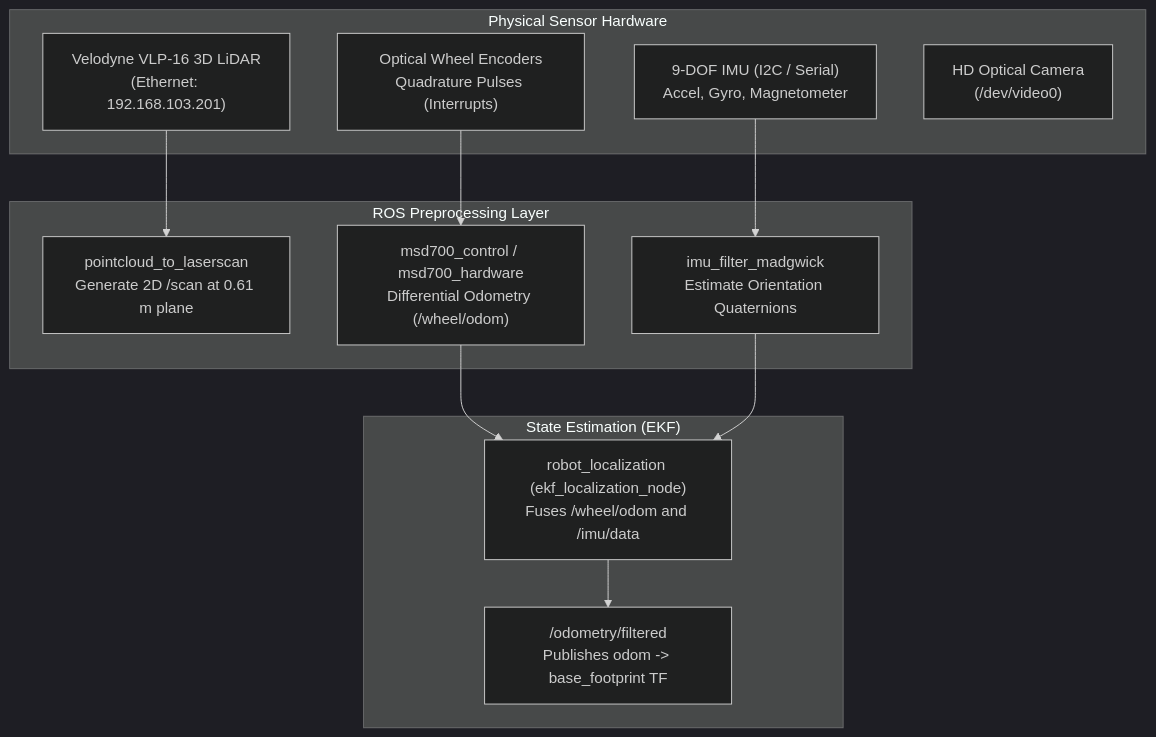
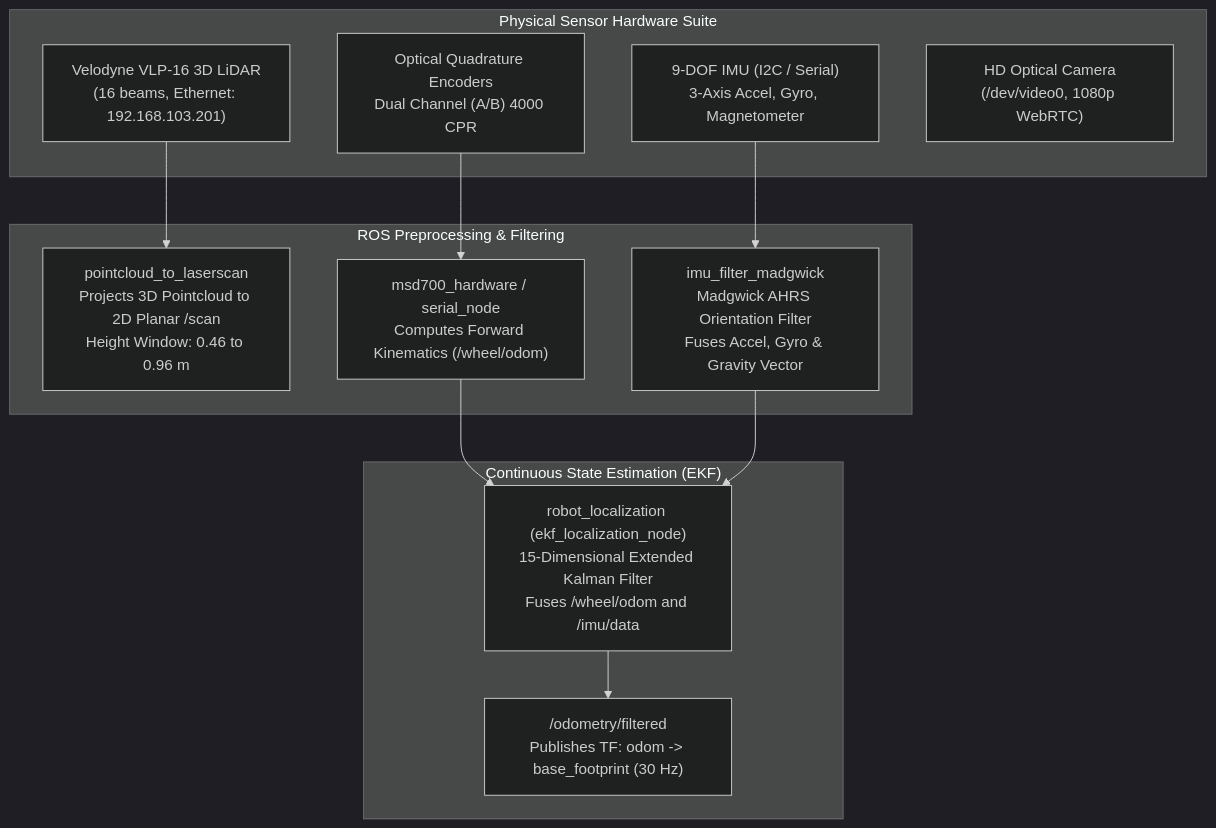
One commit to itbdelaboprogramming/msd700_documentation changed the first of 2 diagrams in docs/development/sensor-fusion-and-control.md. Above: the diagram before and after it, drawn with Mermaid (dark theme). The commit also changed other lines of this file and 4 other files, not shown here.

Commit message:
docs: update firmware and hardware documentation with detailed schematics, pinouts, and control loop equations

````diff
--- a/docs/development/sensor-fusion-and-control.md
+++ b/docs/development/sensor-fusion-and-control.md
@@ -16,28 +14,28 @@
 ```mermaid
 flowchart TD
-  subgraph RawSensors["Physical Sensor Hardware"]
-    VLP16["Velodyne VLP-16 3D LiDAR<br/>(Ethernet: 192.168.103.201)"]
-    IMU_HW["9-DOF IMU (I2C / Serial)<br/>Accel, Gyro, Magnetometer"]
-    ENCODERS["Optical Wheel Encoders<br/>Quadrature Pulses (Interrupts)"]
-    CAM["HD Optical Camera<br/>(/dev/video0)"]
+  subgraph RawSensors["Physical Sensor Hardware Suite"]
+    VLP16["Velodyne VLP-16 3D LiDAR<br/>(16 beams, Ethernet: 192.168.103.201)"]
+    IMU_HW["9-DOF IMU (I2C / Serial)<br/>3-Axis Accel, Gyro, Magnetometer"]
+    ENCODERS["Optical Quadrature Encoders<br/>Dual Channel (A/B) 4000 CPR"]
+    CAM["HD Optical Camera<br/>(/dev/video0, 1080p WebRTC)"]
   end
 
-  subgraph Processing["ROS Preprocessing Layer"]
-    PCL2SCAN["pointcloud_to_laserscan<br/>Generate 2D /scan at 0.61 m plane"]
-    IMU_FILT["imu_filter_madgwick<br/>Estimate Orientation Quaternions"]
-    WHEEL_ODOM["msd700_control / msd700_hardware<br/>Differential Odometry (/wheel/odom)"]
+  subgraph Preprocessing["ROS Preprocessing & Filtering"]
+    PCL2SCAN["pointcloud_to_laserscan<br/>Projects 3D Pointcloud to 2D Planar /scan<br/>Height Window: 0.46 to 0.96 m"]
+    IMU_FILT["imu_filter_madgwick<br/>Madgwick AHRS Orientation Filter<br/>Fuses Accel, Gyro & Gravity Vector"]
+    WHEEL_ODOM["msd700_hardware / serial_node<br/>Computes Forward Kinematics (/wheel/odom)"]
   end
 
-  subgraph Fusion["State Estimation (EKF)"]
-    EKF["robot_localization (ekf_localization_node)<br/>Fuses /wheel/odom and /imu/data"]
-    ODOM_FILT["/odometry/filtered<br/>Publishes odom -> base_footprint TF"]
+  subgraph StateEstimation["Continuous State Estimation (EKF)"]
+    EKF["robot_localization (ekf_localization_node)<br/>15-Dimensional Extended Kalman Filter<br/>Fuses /wheel/odom and /imu/data"]
+    ODOM_FILT["/odometry/filtered<br/>Publishes TF: odom -> base_footprint (30 Hz)"]
   end
 
   VLP16 --> PCL2SCAN
   IMU_HW --> IMU_FILT
   ENCODERS --> WHEEL_ODOM
 
   WHEEL_ODOM --> EKF
   IMU_FILT --> EKF
   EKF --> ODOM_FILT
 ```
````
